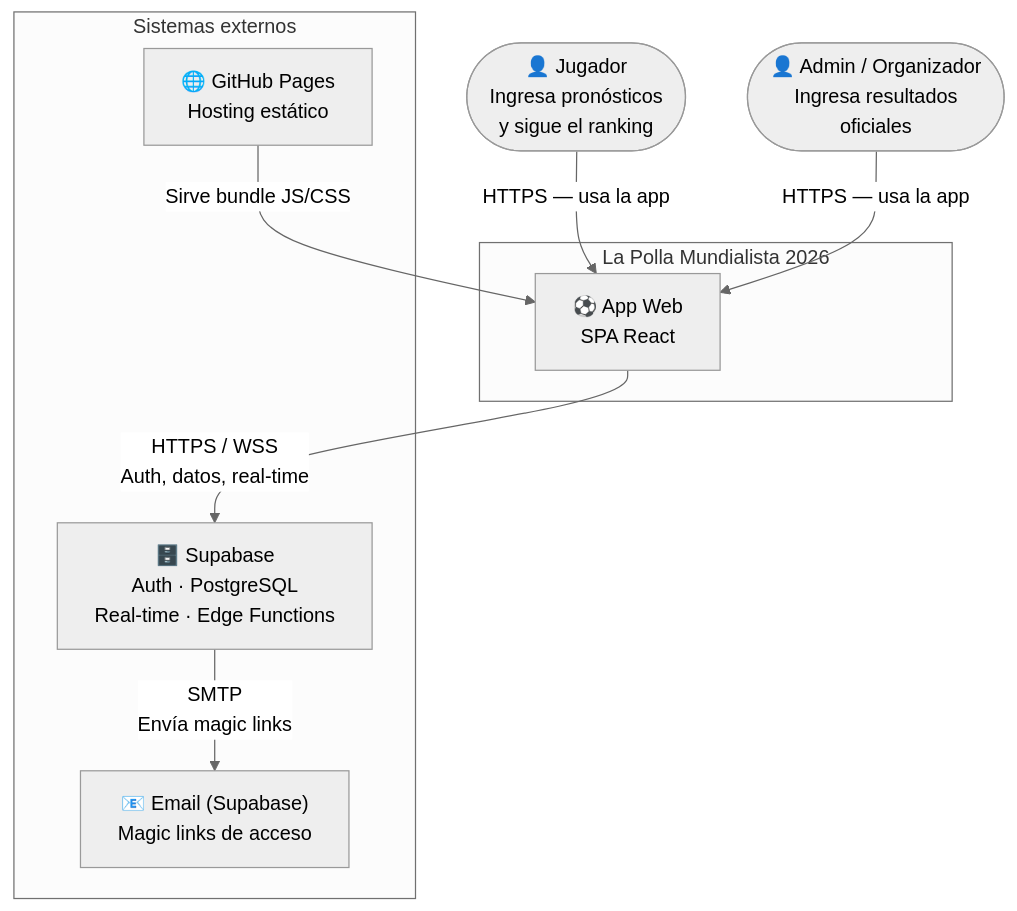
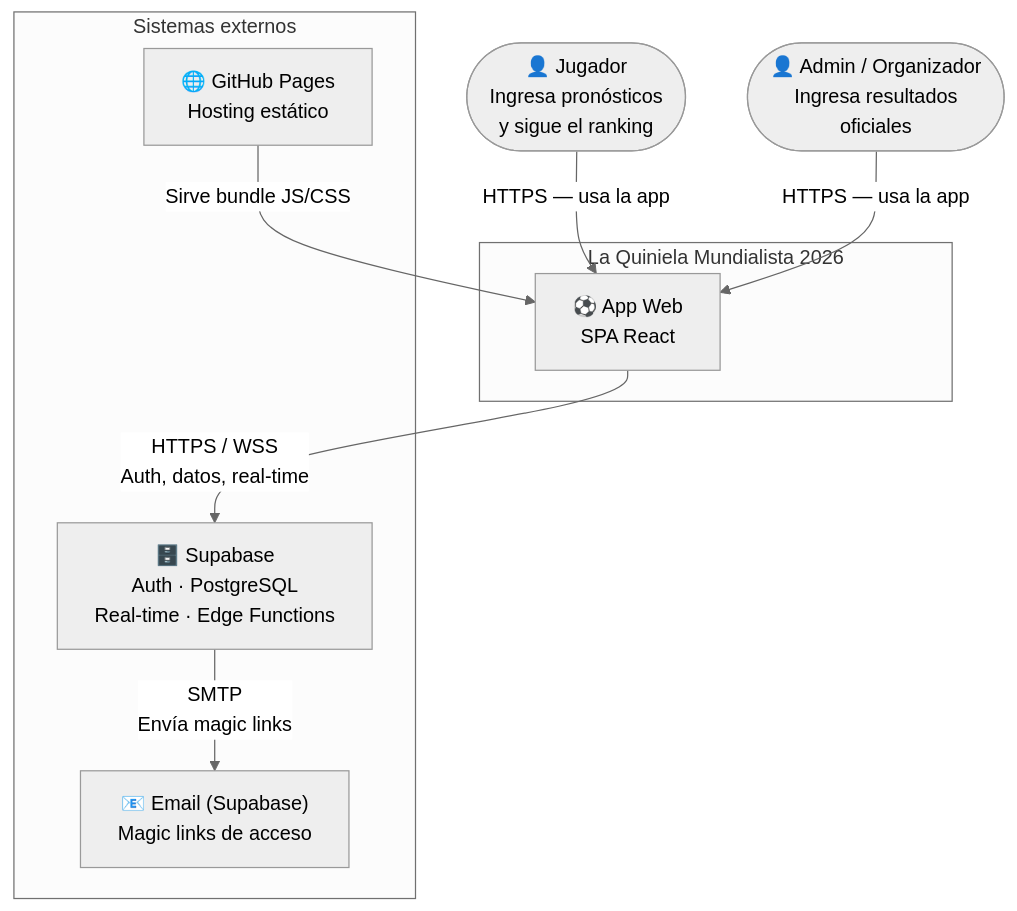
One commit to JEnriquePS/eb-fifa changed the first of 2 diagrams in docs/architecture/overview.md. Above: the diagram before and after it, drawn with Mermaid (neutral theme). The commit also changed 7 other files, not shown here.

Commit message:
chore: rename Polla Mundialista to Quiniela Mundialista

````diff
--- a/docs/architecture/overview.md
+++ b/docs/architecture/overview.md
@@ -7,21 +7,21 @@
 ```mermaid
 graph TB
     jugador(["👤 Jugador\nIngresa pronósticos\ny sigue el ranking"])
     admin(["👤 Admin / Organizador\nIngresa resultados\noficiales"])
 
-    subgraph sistema["La Polla Mundialista 2026"]
+    subgraph sistema["La Quiniela Mundialista 2026"]
         app["⚽ App Web\nSPA React"]
     end
 
     subgraph externos["Sistemas externos"]
         supabase["🗄️ Supabase\nAuth · PostgreSQL\nReal-time · Edge Functions"]
         github["🌐 GitHub Pages\nHosting estático"]
         email["📧 Email (Supabase)\nMagic links de acceso"]
     end
 
     jugador -->|"HTTPS — usa la app"| app
     admin -->|"HTTPS — usa la app"| app
     app -->|"HTTPS / WSS\nAuth, datos, real-time"| supabase
     supabase -->|"SMTP\nEnvía magic links"| email
     github -->|"Sirve bundle JS/CSS"| app
 ```
````
